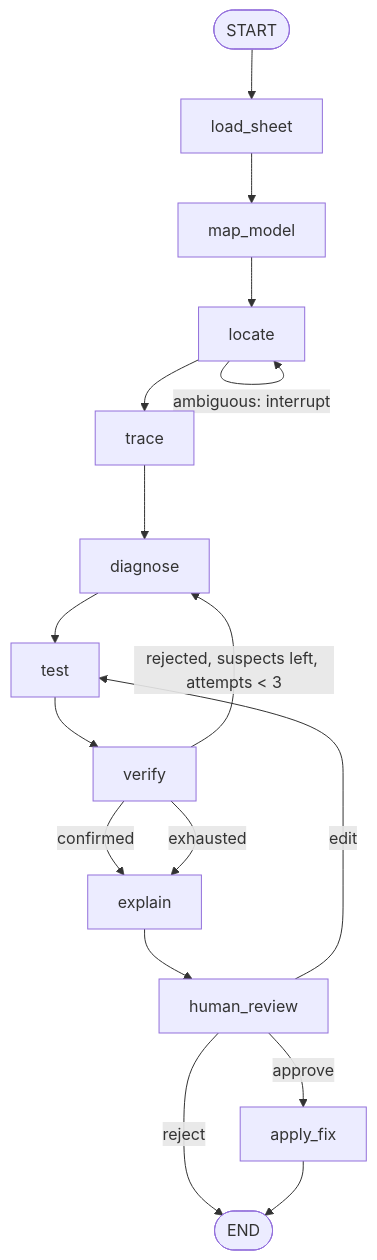
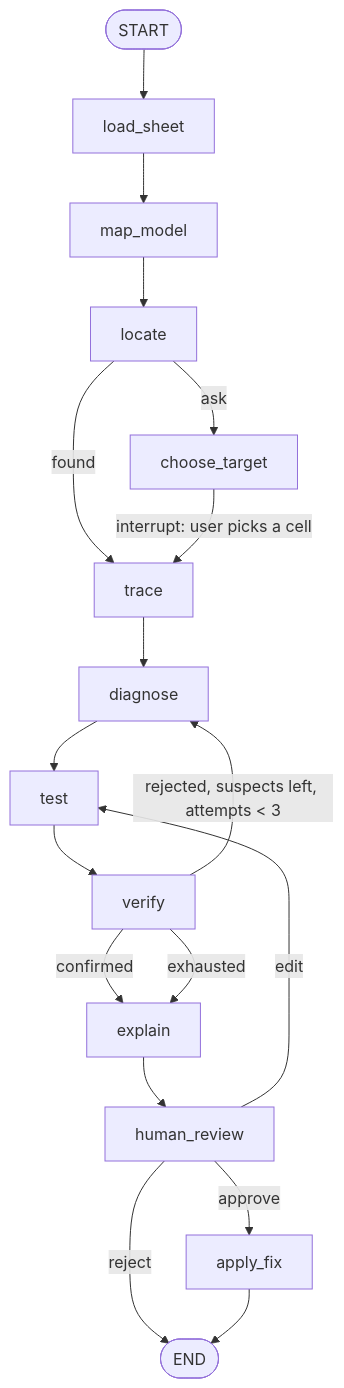
The diagram in docs/agent-architecture.md (ol1ak5/model-x-ray), drawn with Mermaid before and after one commit. The commit also changed other lines of this file and 13 other files, not shown here.

Commit message:
fix(agent): moved the cell-choice pause into choose_target so resuming never calls Nemotron again

````diff
--- a/docs/agent-architecture.md
+++ b/docs/agent-architecture.md
@@ -30,19 +30,20 @@
 ```mermaid
 flowchart TD
   S([START]) --> load_sheet
   load_sheet --> map_model
   map_model --> locate
-  locate -->|ambiguous: interrupt| locate
-  locate --> trace
+  locate -->|found| trace
+  locate -->|ask| choose_target
+  choose_target -->|interrupt: user picks a cell| trace
   trace --> diagnose
   diagnose --> test
   test --> verify
   verify -->|rejected, suspects left, attempts < 3| diagnose
   verify -->|confirmed| explain
   verify -->|exhausted| explain
   explain --> human_review
   human_review -->|approve| apply_fix
   human_review -->|edit| test
   human_review -->|reject| E([END])
   apply_fix --> E
 ```
````
